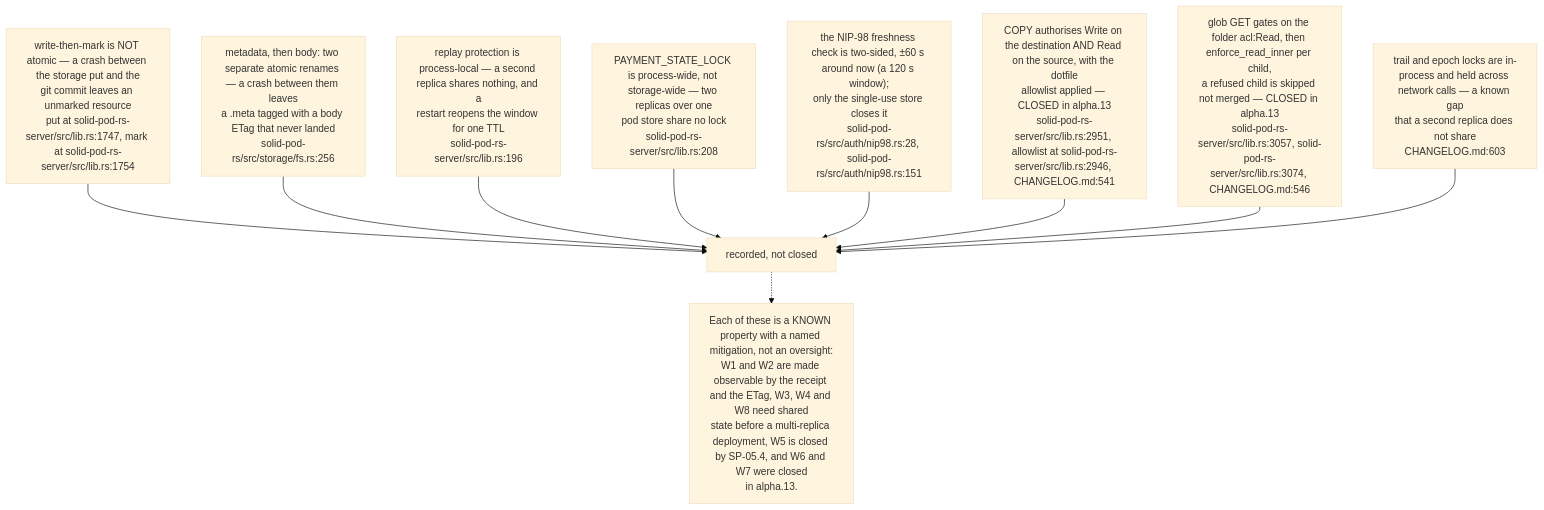
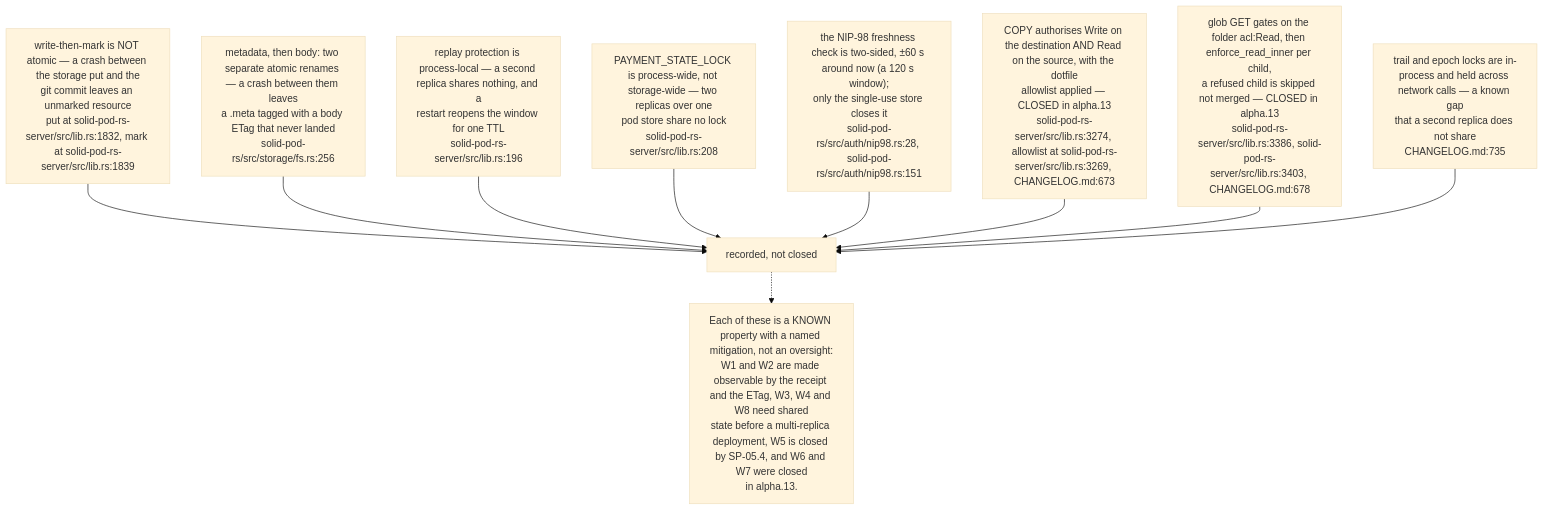
Before and after one commit to DreamLab-AI/VisionFlow: the fourth of 12 diagrams in docs/diagrams/solid-pod-rs/10-failure-modes-and-invariants.md, drawn with Mermaid (base theme). The commit also changed other lines of this file and 59 other files, not shown here.

First line of the commit message:
docs(diagrams): re-derive and re-stamp forum, website, pod, ontomark and sealmap topics

````diff
--- a/docs/diagrams/solid-pod-rs/10-failure-modes-and-invariants.md
+++ b/docs/diagrams/solid-pod-rs/10-failure-modes-and-invariants.md
@@ -140,24 +140,24 @@
 ```mermaid
 flowchart TD
-    W1["write-then-mark is NOT atomic — a crash between the storage put and the<br/>git commit leaves an unmarked resource<br/>put at solid-pod-rs-server/src/lib.rs:1747, mark at solid-pod-rs-server/src/lib.rs:1754"]
+    W1["write-then-mark is NOT atomic — a crash between the storage put and the<br/>git commit leaves an unmarked resource<br/>put at solid-pod-rs-server/src/lib.rs:1832, mark at solid-pod-rs-server/src/lib.rs:1839"]
     W2["metadata, then body: two separate atomic renames — a crash between them leaves<br/>a .meta tagged with a body ETag that never landed<br/>solid-pod-rs/src/storage/fs.rs:256"]
     W3["replay protection is process-local — a second replica shares nothing, and a<br/>restart reopens the window for one TTL<br/>solid-pod-rs-server/src/lib.rs:196"]
     W4["PAYMENT_STATE_LOCK is process-wide, not storage-wide — two replicas over one<br/>pod store share no lock<br/>solid-pod-rs-server/src/lib.rs:208"]
     W5["the NIP-98 freshness check is two-sided, ±60 s around now (a 120 s window);<br/>only the single-use store closes it<br/>solid-pod-rs/src/auth/nip98.rs:28, solid-pod-rs/src/auth/nip98.rs:151"]
-    W6["COPY authorises Write on the destination AND Read on the source, with the dotfile<br/>allowlist applied — CLOSED in alpha.13<br/>solid-pod-rs-server/src/lib.rs:2951, allowlist at solid-pod-rs-server/src/lib.rs:2946, CHANGELOG.md:541"]
-    W7["glob GET gates on the folder acl:Read, then enforce_read_inner per child,<br/>a refused child is skipped not merged — CLOSED in alpha.13<br/>solid-pod-rs-server/src/lib.rs:3057, solid-pod-rs-server/src/lib.rs:3074, CHANGELOG.md:546"]
+    W6["COPY authorises Write on the destination AND Read on the source, with the dotfile<br/>allowlist applied — CLOSED in alpha.13<br/>solid-pod-rs-server/src/lib.rs:3274, allowlist at solid-pod-rs-server/src/lib.rs:3269, CHANGELOG.md:673"]
+    W7["glob GET gates on the folder acl:Read, then enforce_read_inner per child,<br/>a refused child is skipped not merged — CLOSED in alpha.13<br/>solid-pod-rs-server/src/lib.rs:3386, solid-pod-rs-server/src/lib.rs:3403, CHANGELOG.md:678"]
 
-    W8["trail and epoch locks are in-process and held across network calls — a known gap<br/>that a second replica does not share<br/>CHANGELOG.md:603"]
+    W8["trail and epoch locks are in-process and held across network calls — a known gap<br/>that a second replica does not share<br/>CHANGELOG.md:735"]
 
     W1 --> R["recorded, not closed"]
     W2 --> R
     W3 --> R
     W4 --> R
     W5 --> R
     W6 --> R
     W7 --> R
     W8 --> R
 
     N["Each of these is a KNOWN property with a named mitigation, not an oversight:<br/>W1 and W2 are made observable by the receipt and the ETag, W3, W4 and W8 need shared<br/>state before a multi-replica deployment, W5 is closed by SP-05.4, and W6 and W7 were closed<br/>in alpha.13."]
     R -.-> N
 ```
````
